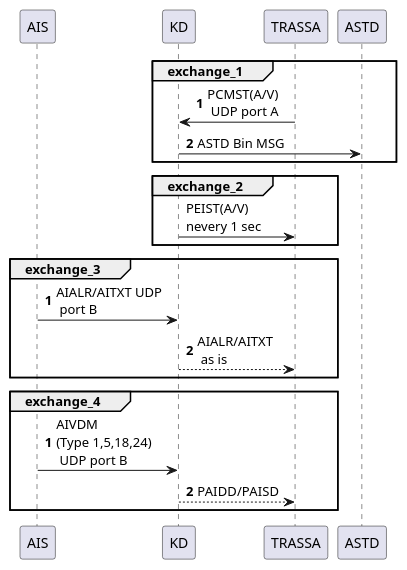
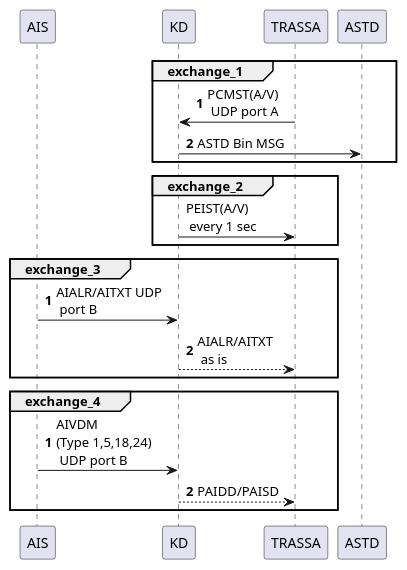
Before and after one commit to slukashenkov/fw_v2: the diagram in test_bl/test_trassa_plugin/resources_trassa/plugin_diagram.md, drawn with PlantUML. The commit also changed 6 other files, not shown here.

````diff
--- a/test_bl/test_trassa_plugin/resources_trassa/plugin_diagram.md
+++ b/test_bl/test_trassa_plugin/resources_trassa/plugin_diagram.md
@@ -1,31 +1,31 @@
 ```puml
 @startuml
 participant AIS 
 participant KD  
 participant TRASSA
 participant ASTD 
 
 autonumber 01
 group exchange_1
     TRASSA ->KD: PCMST(A/V)\n UDP port A
     KD ->ASTD: ASTD Bin MSG
 end
 
 autonumber stop
 group exchange_2
-KD -> TRASSA: PEIST(A/V)\nnevery 1 sec
+KD -> TRASSA: PEIST(A/V)\n every 1 sec
 end
 autonumber 01
 group exchange_3
     AIS ->KD: AIALR/AITXT UDP\n port B
     KD -->TRASSA: AIALR/AITXT\n as is
 end
 autonumber stop
 autonumber 01
 group exchange_4
     AIS ->KD: AIVDM\n(Type 1,5,18,24)\n UDP port B
     KD -->TRASSA: PAIDD/PAISD
 end
 autonumber stop
 @enduml
 ```
````
